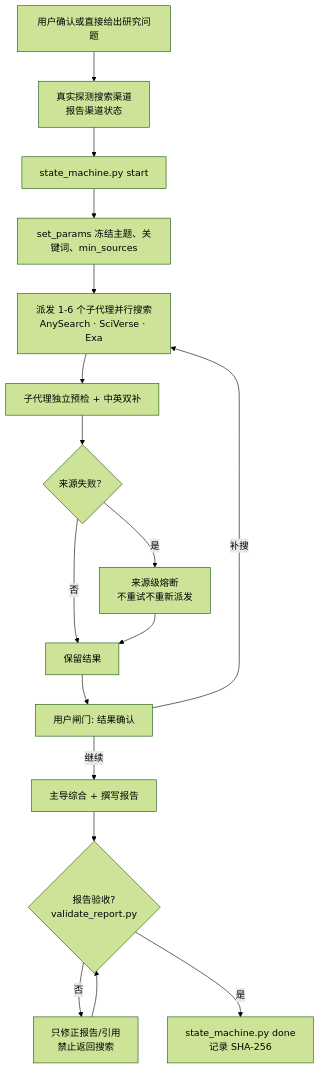
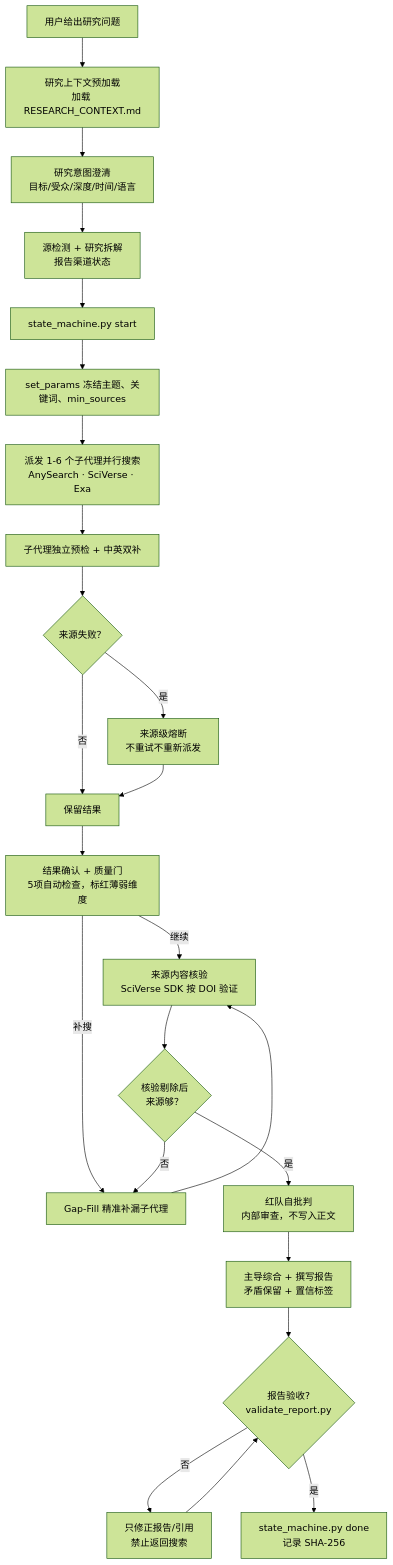
One commit to jefeerzhang/tri-research-skill changed the diagram in README.md. Above: the diagram before and after it, drawn with Mermaid (forest theme). The commit also changed other lines of this file, not shown here.

Commit message:
docs: README 同步 v6.2.0 — 流程图、差异化表格、致谢更新

````diff
--- a/README.md
+++ b/README.md
@@ -92,19 +94,26 @@
 ```mermaid
 flowchart TD
-    U["用户确认或直接给出研究问题"] --> P["真实探测搜索渠道<br/>报告渠道状态"]
+    U["用户给出研究问题"] --> CT["研究上下文预加载<br/>加载 RESEARCH_CONTEXT.md"]
+    CT --> CL["研究意图澄清<br/>目标/受众/深度/时间/语言"]
+    CL --> P["源检测 + 研究拆解<br/>报告渠道状态"]
     P --> SM0["state_machine.py start"]
     SM0 --> SM1["set_params 冻结主题、关键词、min_sources"]
     SM1 --> D["派发 1-6 个子代理并行搜索<br/>AnySearch · SciVerse · Exa"]
     D --> Q["子代理独立预检 + 中英双补"]
     Q --> F{"来源失败？"}
     F -- "是" --> CB["来源级熔断<br/>不重试不重新派发"]
     F -- "否" --> R["保留结果"]
     CB --> R
-    R --> C["用户闸门: 结果确认"]
-    C -- "继续" --> S["主导综合 + 撰写报告"]
-    C -- "补搜" --> D
-    S --> V{"报告验收?<br/>validate_report.py"}
-    V -- "否" --> FIX["只修正报告/引用<br/>禁止返回搜索"]
-    FIX --> V
-    V -- "是" --> SM2["state_machine.py done<br/>记录 SHA-256"]
+    R --> C["结果确认 + 质量门<br/>5项自动检查，标红薄弱维度"]
+    C -- "继续" --> V["来源内容核验<br/>SciVerse SDK 按 DOI 验证"]
+    C -- "补搜" --> GF["Gap-Fill 精准补漏子代理"]
+    GF --> V
+    V --> VX{"核验剔除后<br/>来源够？"}
+    VX -- "否" --> GF
+    VX -- "是" --> CR["红队自批判<br/>内部审查，不写入正文"]
+    CR --> S["主导综合 + 撰写报告<br/>矛盾保留 + 置信标签"]
+    S --> VT{"报告验收?<br/>validate_report.py"}
+    VT -- "否" --> FIX["只修正报告/引用<br/>禁止返回搜索"]
+    FIX --> VT
+    VT -- "是" --> SM2["state_machine.py done<br/>记录 SHA-256"]
 ```
````
